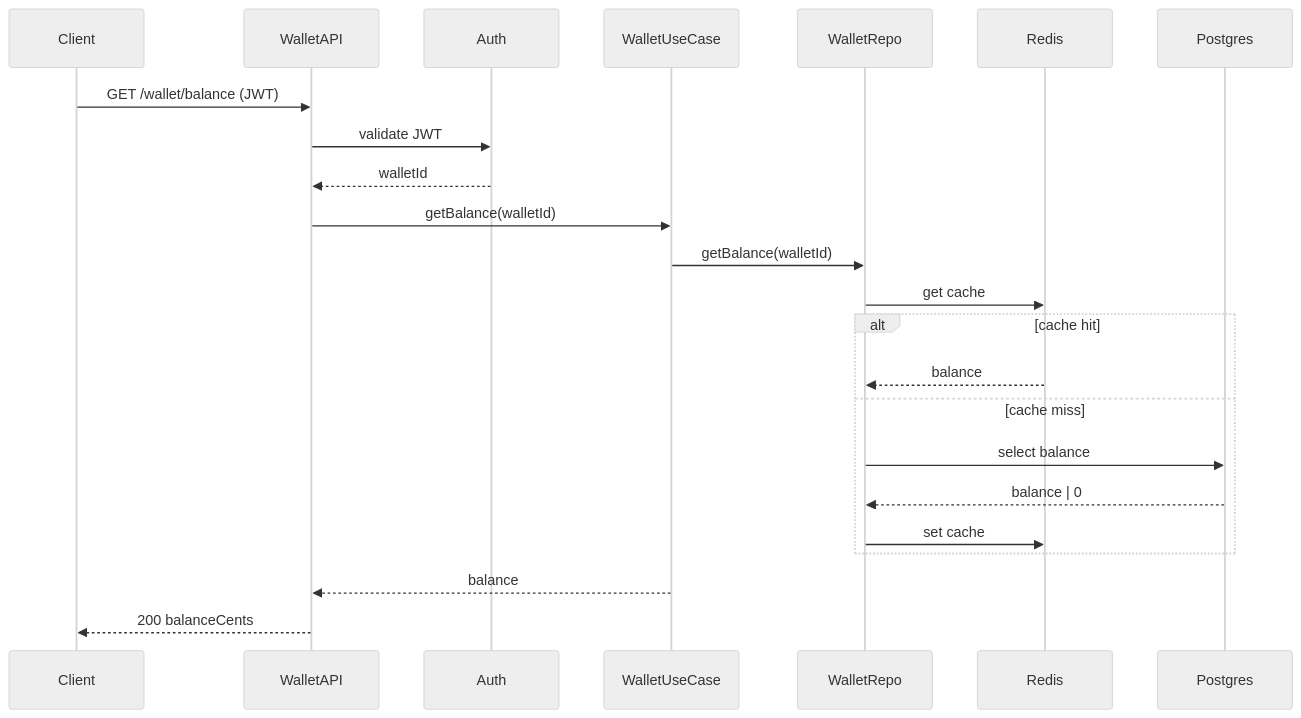
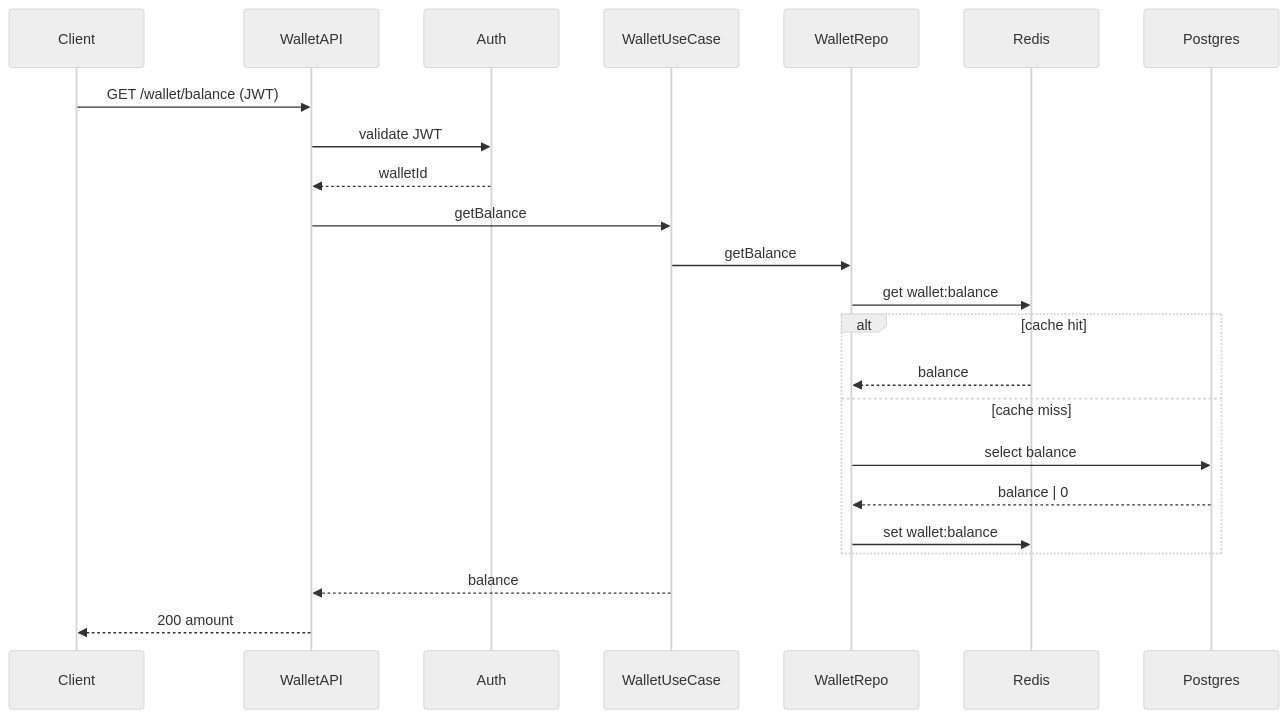
The fifth of 7 diagrams in README.md (rodrigocardosodev/ilia-nodejs-challenge), drawn with Mermaid (neutral theme) before and after one commit. The commit also changed other lines of this file and 36 other files, not shown here.

````diff
--- a/README.md
+++ b/README.md
@@ -267,26 +267,26 @@
 ```mermaid
 sequenceDiagram
     participant Client
     participant WalletAPI
     participant Auth
     participant WalletUseCase
     participant WalletRepo
     participant Redis
     participant Postgres
 
     Client->>WalletAPI: GET /wallet/balance (JWT)
     WalletAPI->>Auth: validate JWT
     Auth-->>WalletAPI: walletId
-    WalletAPI->>WalletUseCase: getBalance(walletId)
-    WalletUseCase->>WalletRepo: getBalance(walletId)
-    WalletRepo->>Redis: get cache
+    WalletAPI->>WalletUseCase: getBalance
+    WalletUseCase->>WalletRepo: getBalance
+    WalletRepo->>Redis: get wallet:balance
     alt cache hit
         Redis-->>WalletRepo: balance
     else cache miss
         WalletRepo->>Postgres: select balance
         Postgres-->>WalletRepo: balance | 0
-        WalletRepo->>Redis: set cache
+        WalletRepo->>Redis: set wallet:balance
     end
     WalletUseCase-->>WalletAPI: balance
-    WalletAPI-->>Client: 200 balanceCents
+    WalletAPI-->>Client: 200 amount
 ```
````
